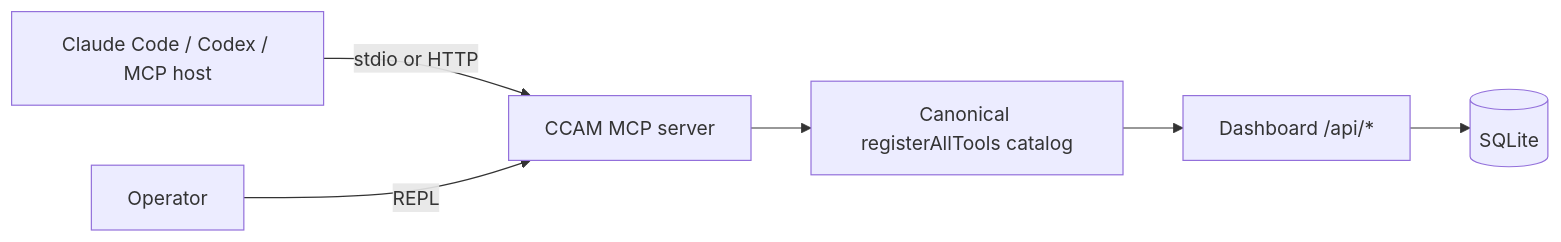
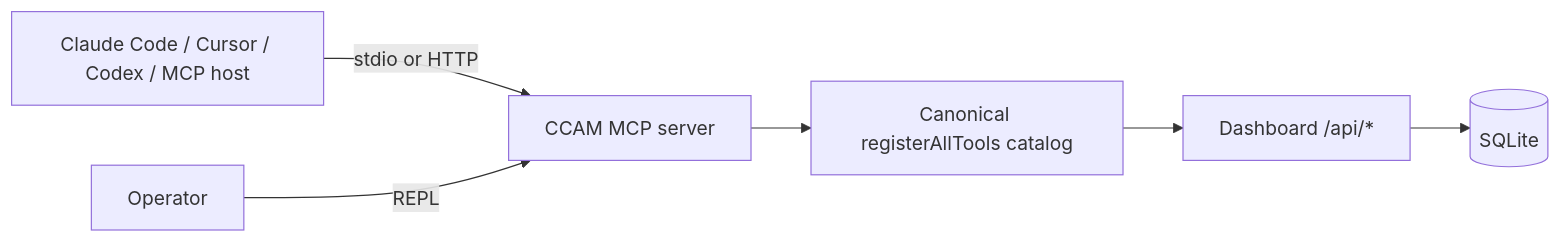
Before and after one commit to Doccy008/Claude-Code-Agent-Monitor: diagram 22 of 45 in ARCHITECTURE.md, drawn with Mermaid. The commit also changed other lines of this file and 14 other files, not shown here.

````diff
--- a/ARCHITECTURE.md
+++ b/ARCHITECTURE.md
@@ -1856,8 +1856,8 @@
 ```mermaid
 flowchart LR
-    HOST["Claude Code / Codex / MCP host"] -->|stdio or HTTP| MCP["CCAM MCP server"]
+    HOST["Claude Code / Cursor / Codex / MCP host"] -->|stdio or HTTP| MCP["CCAM MCP server"]
     HUMAN["Operator"] -->|REPL| MCP
     MCP --> CATALOG["Canonical registerAllTools catalog"]
     CATALOG --> API["Dashboard /api/*"]
     API --> DB[(SQLite)]
 ```
````
